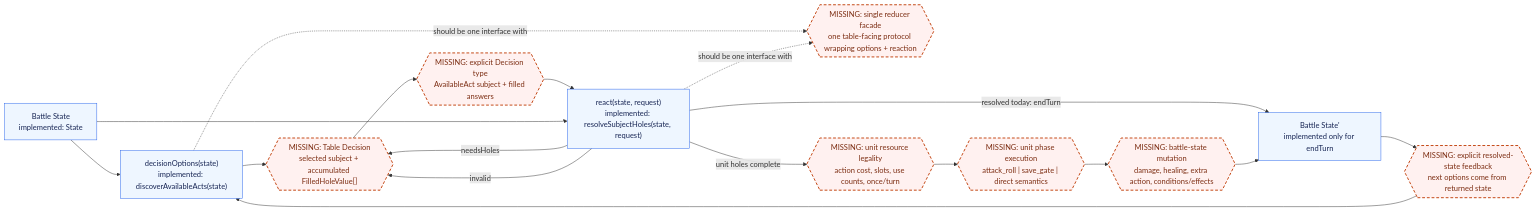
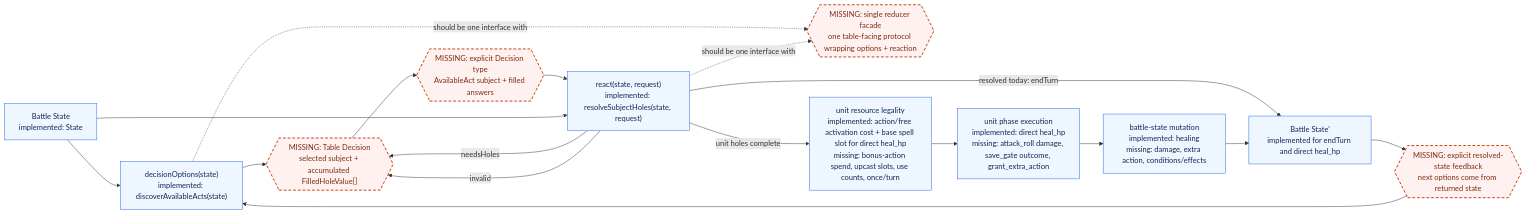
The seventh of 7 diagrams in packages/surface-runtime-correction/ARCHITECTURE_GRAPH.md (dearlordylord/5e-quint), drawn with Mermaid before and after one commit. The commit also changed other lines of this file and 2 other files, not shown here.

Commit message:
Add unit resource spending

````diff
--- a/packages/surface-runtime-correction/ARCHITECTURE_GRAPH.md
+++ b/packages/surface-runtime-correction/ARCHITECTURE_GRAPH.md
@@ -270,33 +287,33 @@
 ```mermaid
 flowchart LR
   State["Battle State<br/>implemented: State"]
   Options["decisionOptions(state)<br/>implemented: discoverAvailableActs(state)"]
   Resolve["react(state, request)<br/>implemented: resolveSubjectHoles(state, request)"]
-  EndTurnState["Battle State'<br/>implemented only for endTurn"]
+  EndTurnState["Battle State'<br/>implemented for endTurn and direct heal_hp"]
 
   TableDecision{{"MISSING: Table Decision<br/>selected subject + accumulated FilledHoleValue[]"}}
   ReducerFacade{{"MISSING: single reducer facade<br/>one table-facing protocol wrapping options + reaction"}}
   StateLoop{{"MISSING: explicit resolved-state feedback<br/>next options come from returned state"}}
-  UnitExecution{{"MISSING: unit phase execution<br/>attack_roll | save_gate | direct semantics"}}
-  ResourceLegality{{"MISSING: unit resource legality<br/>action cost, slots, use counts, once/turn"}}
-  ApplyEffects{{"MISSING: battle-state mutation<br/>damage, healing, extra action, conditions/effects"}}
+  UnitExecution["unit phase execution<br/>implemented: direct heal_hp<br/>missing: attack_roll damage, save_gate outcome, grant_extra_action"]
+  ResourceLegality["unit resource legality<br/>implemented: action/free activation cost + base spell slot for direct heal_hp<br/>missing: bonus-action spend, upcast slots, use counts, once/turn"]
+  ApplyEffects["battle-state mutation<br/>implemented: healing<br/>missing: damage, extra action, conditions/effects"]
   DecisionType{{"MISSING: explicit Decision type<br/>AvailableAct subject + filled answers"}}
 
   State --> Options
   Options --> TableDecision
   TableDecision --> DecisionType --> Resolve
   State --> Resolve
   Resolve -->|resolved today: endTurn| EndTurnState
   EndTurnState --> StateLoop --> Options
   Resolve -->|needsHoles| TableDecision
   Resolve -->|invalid| TableDecision
 
   Options -. should be one interface with .-> ReducerFacade
   Resolve -. should be one interface with .-> ReducerFacade
   Resolve -->|unit holes complete| ResourceLegality --> UnitExecution --> ApplyEffects --> EndTurnState
 
   classDef missing fill:#fff1f0,stroke:#c2410c,stroke-width:2px,stroke-dasharray: 6 4,color:#7c2d12;
   classDef implemented fill:#eef6ff,stroke:#2563eb,color:#172554;
-  class TableDecision,ReducerFacade,StateLoop,UnitExecution,ResourceLegality,ApplyEffects,DecisionType missing;
-  class State,Options,Resolve,EndTurnState implemented;
+  class TableDecision,ReducerFacade,StateLoop,DecisionType missing;
+  class State,Options,Resolve,EndTurnState,UnitExecution,ResourceLegality,ApplyEffects implemented;
 ```
````
